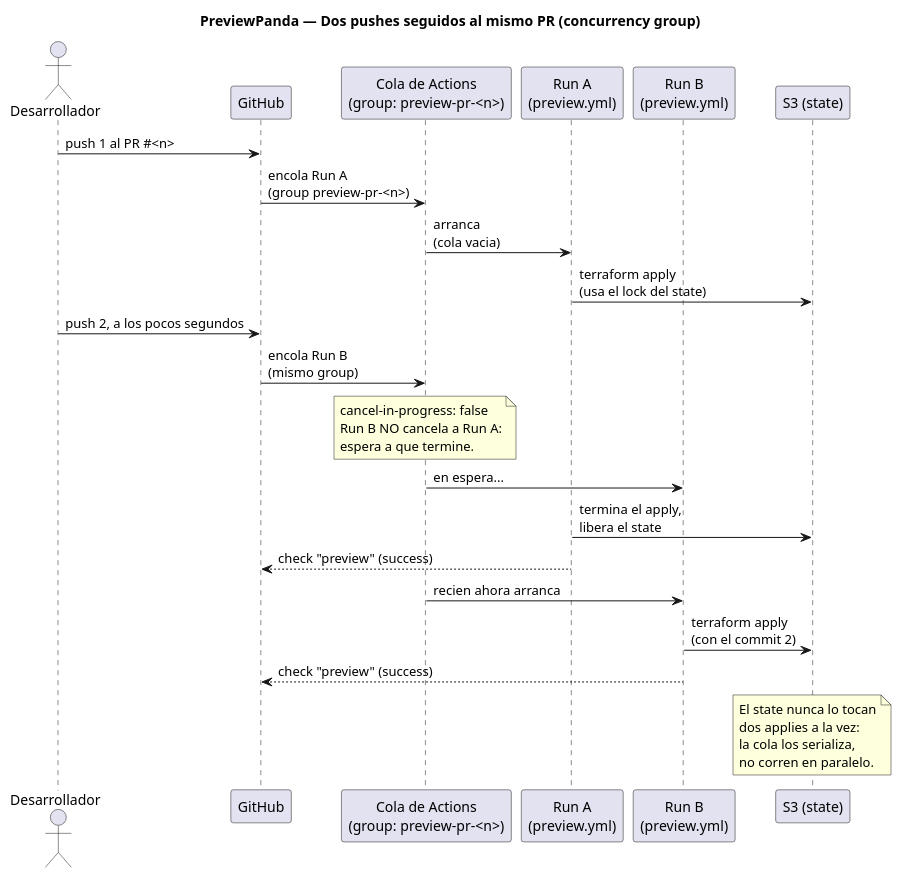
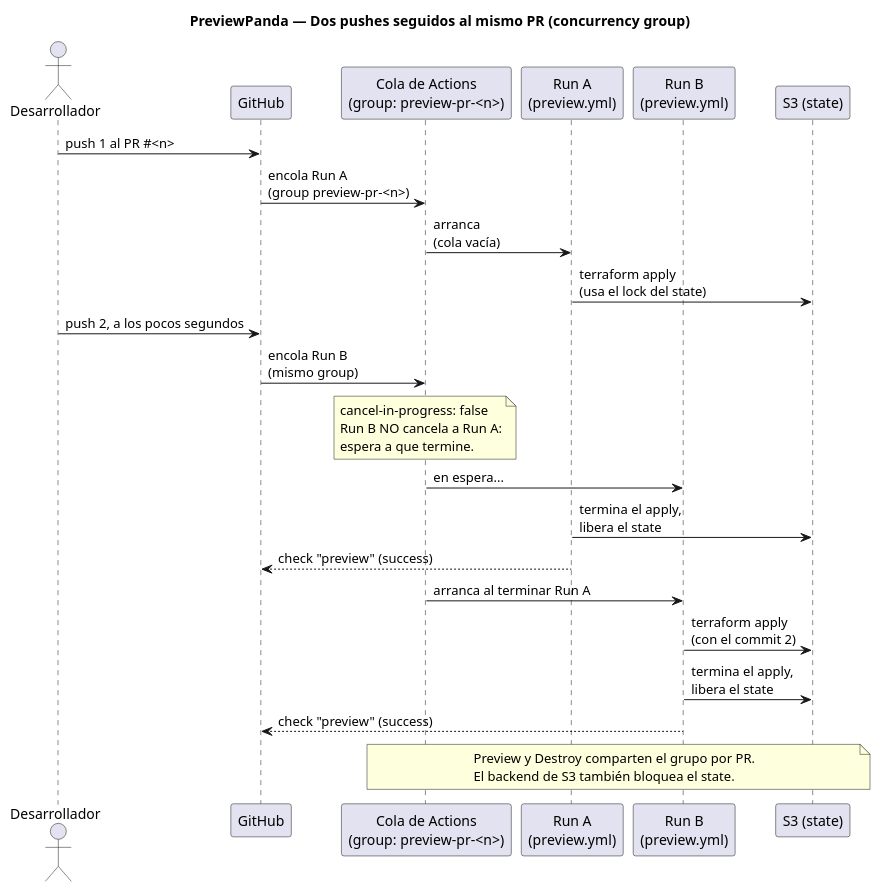
One commit to NicooGon/previewpanda changed the diagram in docs/diagrams/diagrama-secuencia-concurrencia.puml. Above: the diagram before and after it, drawn with PlantUML. The commit also changed 10 other files, not shown here.

```diff
--- a/docs/diagrams/diagrama-secuencia-concurrencia.puml
+++ b/docs/diagrams/diagrama-secuencia-concurrencia.puml
@@ -1,41 +1,40 @@
-@startuml PreviewPanda - Politica de concurrencia
+@startuml diagrama3
 
 title PreviewPanda — Dos pushes seguidos al mismo PR (concurrency group)
 
 actor Desarrollador as Dev
 participant "GitHub" as GH
 participant "Cola de Actions\n(group: preview-pr-<n>)" as Queue
 participant "Run A\n(preview.yml)" as RunA
 participant "Run B\n(preview.yml)" as RunB
 participant "S3 (state)" as S3
 
 Dev -> GH : push 1 al PR #<n>
 GH -> Queue : encola Run A\n(group preview-pr-<n>)
-Queue -> RunA : arranca\n(cola vacia)
+Queue -> RunA : arranca\n(cola vacía)
 RunA -> S3 : terraform apply\n(usa el lock del state)
 
 Dev -> GH : push 2, a los pocos segundos
 GH -> Queue : encola Run B\n(mismo group)
 
 note over Queue
   cancel-in-progress: false
   Run B NO cancela a Run A:
   espera a que termine.
 end note
 
 Queue -> RunB : en espera...
 RunA -> S3 : termina el apply,\nlibera el state
 RunA --> GH : check "preview" (success)
 
-Queue -> RunB : recien ahora arranca
+Queue -> RunB : arranca al terminar Run A
 RunB -> S3 : terraform apply\n(con el commit 2)
+RunB -> S3 : termina el apply,\nlibera el state
 RunB --> GH : check "preview" (success)
 
-note over S3
-  El state nunca lo tocan
-  dos applies a la vez:
-  la cola los serializa,
-  no corren en paralelo.
+note over Queue, S3
+  Preview y Destroy comparten el grupo por PR.
+  El backend de S3 también bloquea el state.
 end note
 
 @enduml
```
